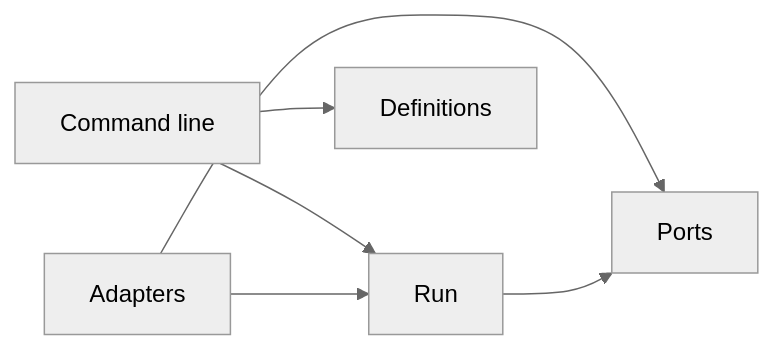
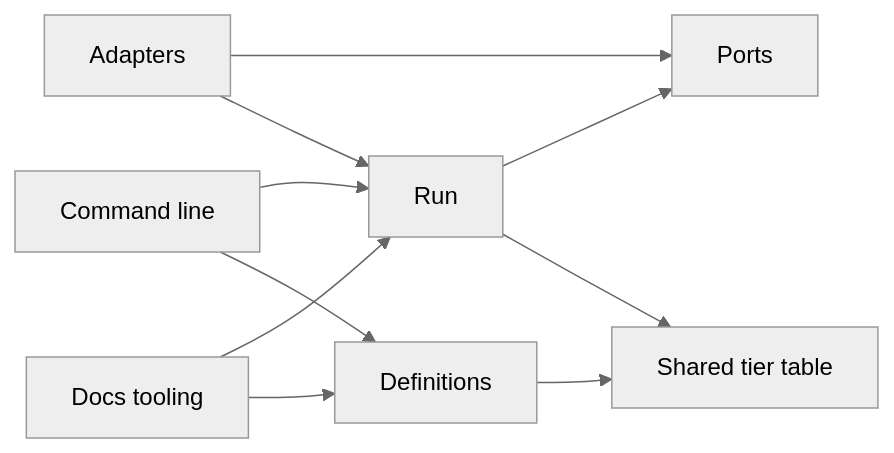
The diagram in docs/reference/layout.md (AlexanderNZ/delegate), drawn with Mermaid (neutral theme) before and after one commit. The commit also changed other lines of this file and 44 other files, not shown here.

Commit message:
refactor: the definitions modules and their templates move into definitions, the tier table becomes a shared module, the reference generator and the neutrality check move into a docs package, and the architecture test covers them (#51)

````diff
--- a/docs/reference/layout.md
+++ b/docs/reference/layout.md
@@ -41,8 +43,12 @@
 ```mermaid
 flowchart LR
   cli[Command line] --> run[Run]
   cli --> definitions[Definitions]
+  docs[Docs tooling] --> run
+  docs --> definitions
   adapters[Adapters] --> ports[Ports]
   run --> ports
   adapters --> run
+  run --> shared[Shared tier table]
+  definitions --> shared
 ```
````
